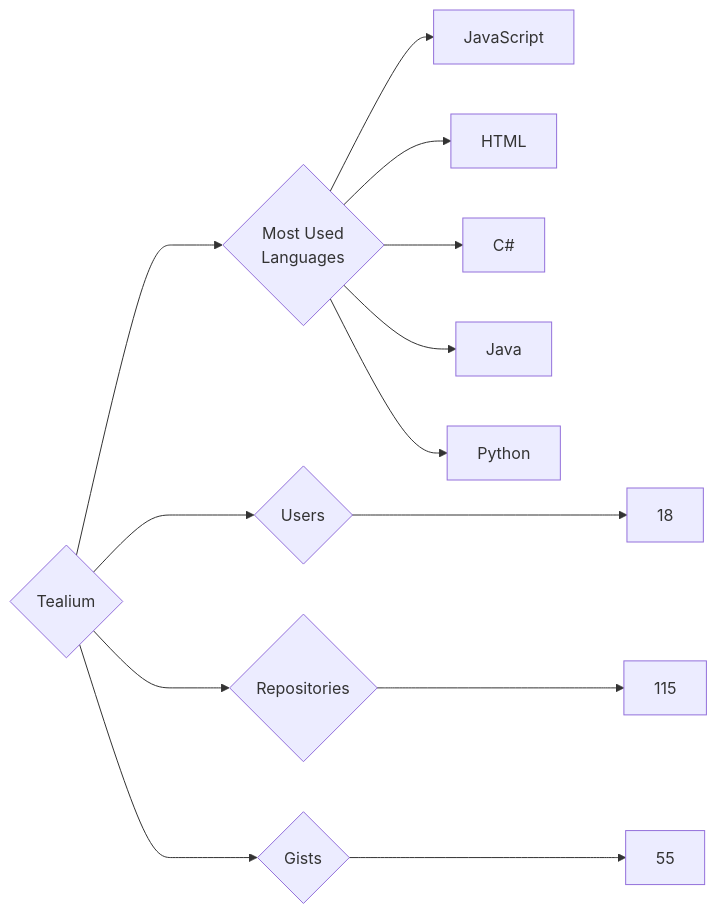
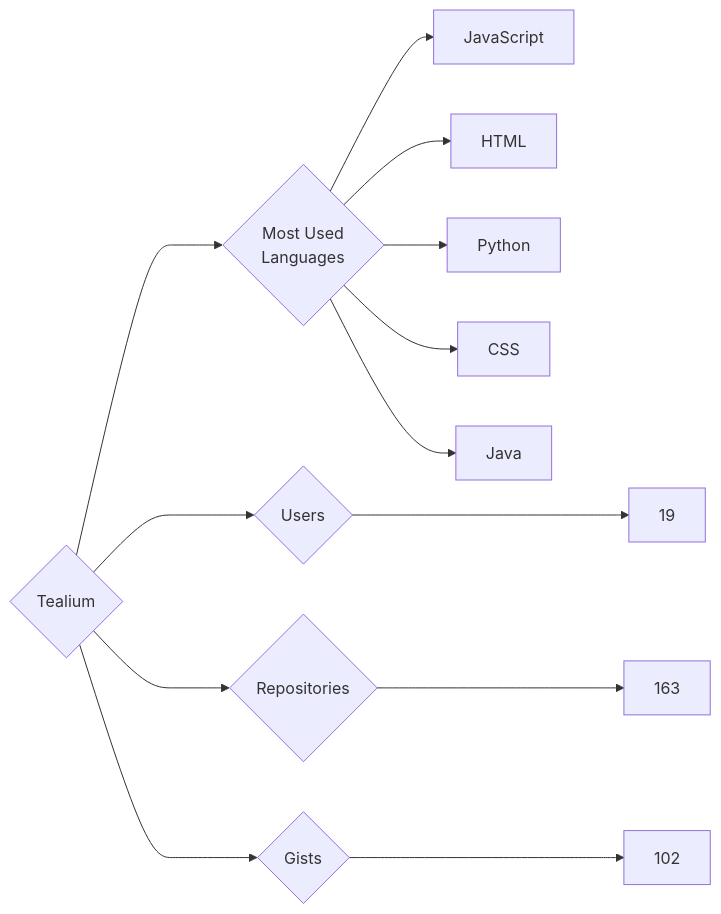
Before and after one commit to trickest/insiders: the diagram in targets/Tealium/README.md, drawn with Mermaid. The commit also changed 953 other files, not shown here.

````diff
--- a/targets/Tealium/README.md
+++ b/targets/Tealium/README.md
@@ -3,13 +3,13 @@
 ```mermaid
 graph LR
 COMPANY_NAME{Tealium}
-COMPANY_NAME ---> U{Users} ---> UN[18]
-COMPANY_NAME ---> R{Repositories} ---> RN[115]
-COMPANY_NAME ---> G{Gists} ---> GN[55]
+COMPANY_NAME ---> U{Users} ---> UN[19]
+COMPANY_NAME ---> R{Repositories} ---> RN[163]
+COMPANY_NAME ---> G{Gists} ---> GN[102]
 COMPANY_NAME ---> ML{Most Used<br>Languages}
 ML --> JavaScript[JavaScript]
 ML --> HTML[HTML]
-ML --> C#[C#]
+ML --> Python[Python]
+ML --> CSS[CSS]
 ML --> Java[Java]
-ML --> Python[Python]
 ```
````
